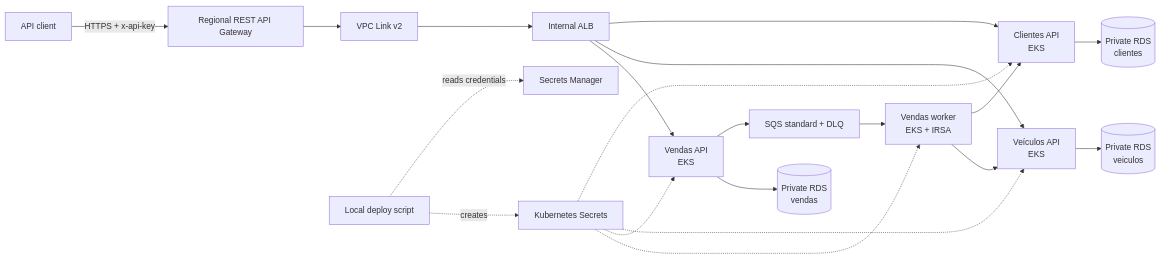
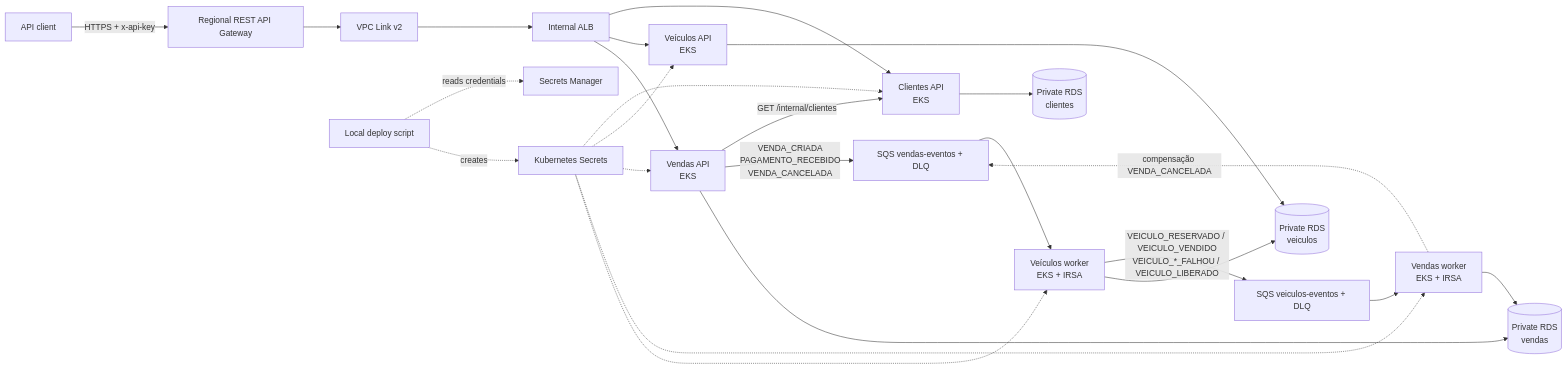
One commit to mgustavocoder/soat13-tc-revenda-infra-k8s changed the diagram in README.md. Above: the diagram before and after it, drawn with Mermaid. The commit also changed other lines of this file and 5 other files, not shown here.

````diff
--- a/README.md
+++ b/README.md
@@ -11,22 +11,27 @@
 ```mermaid
 flowchart LR
     caller["API client"] -->|"HTTPS + x-api-key"| gateway["Regional REST API Gateway"]
     gateway --> link["VPC Link v2"]
     link --> alb["Internal ALB"]
     alb --> customers["Clientes API<br/>EKS"]
     alb --> vehicles["Veículos API<br/>EKS"]
     alb --> sales["Vendas API<br/>EKS"]
-    sales --> queue["SQS standard + DLQ"]
-    queue --> worker["Vendas worker<br/>EKS + IRSA"]
-    worker --> customers
-    worker --> vehicles
+    sales -->|"GET /internal/clientes"| customers
+    sales -->|"VENDA_CRIADA<br/>PAGAMENTO_RECEBIDO<br/>VENDA_CANCELADA"| salesEvents["SQS vendas-eventos + DLQ"]
+    salesEvents --> vehiclesWorker["Veículos worker<br/>EKS + IRSA"]
+    vehiclesWorker -->|"VEICULO_RESERVADO / VEICULO_VENDIDO<br/>VEICULO_*_FALHOU / VEICULO_LIBERADO"| vehicleEvents["SQS veiculos-eventos + DLQ"]
+    vehicleEvents --> worker["Vendas worker<br/>EKS + IRSA"]
+    worker -.->|"compensação VENDA_CANCELADA"| salesEvents
+    vehiclesWorker --> db2
+    worker --> db3
     customers --> db1[("Private RDS<br/>clientes")]
     vehicles --> db2[("Private RDS<br/>veiculos")]
     sales --> db3[("Private RDS<br/>vendas")]
     deploy["Local deploy script"] -. "reads credentials" .-> secrets["Secrets Manager"]
     deploy -. "creates" .-> k8sSecrets["Kubernetes Secrets"]
     k8sSecrets -.-> customers
     k8sSecrets -.-> vehicles
     k8sSecrets -.-> sales
     k8sSecrets -.-> worker
+    k8sSecrets -.-> vehiclesWorker
 ```
````
